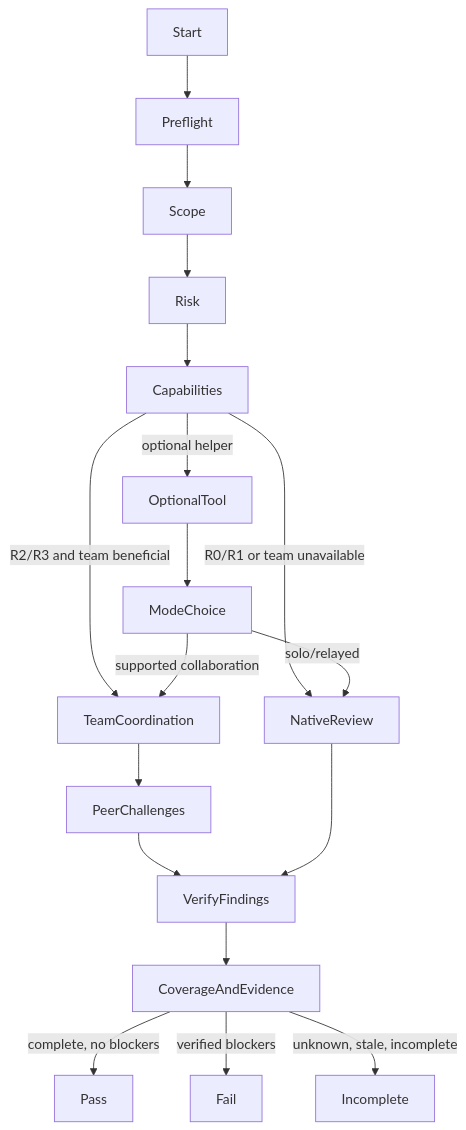
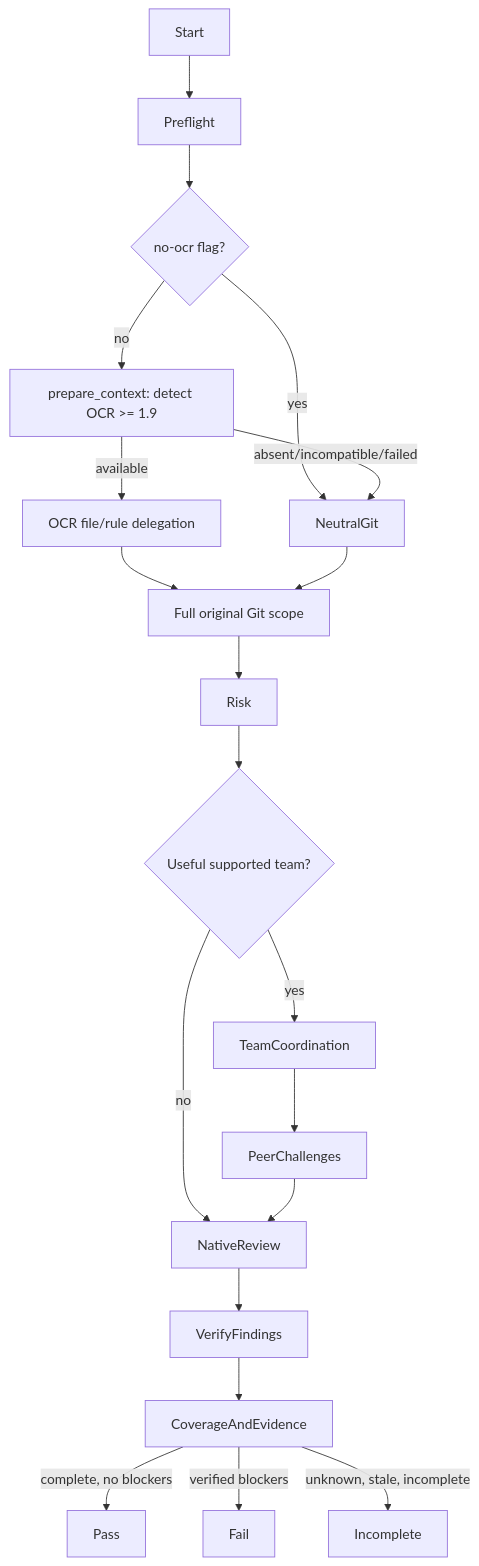
Before and after one commit to JadsonLucena/agent-toolkit: the diagram in contexts/review/skills/review-change/skill.md, drawn with Mermaid. The commit also changed other lines of this file and 13 other files, not shown here.

Commit message:
feat(review): dispatch OCR-first preparation before native code review

````diff
--- a/contexts/review/skills/review-change/skill.md
+++ b/contexts/review/skills/review-change/skill.md
@@ -24,20 +24,22 @@
 ```mermaid
 flowchart TD
     Start --> Preflight
-    Preflight --> Scope
+    Preflight --> SkipOCR{no-ocr flag?}
+    SkipOCR -->|yes| NeutralGit
+    SkipOCR -->|no| OCRFirst[prepare_context: detect OCR >= 1.9]
+    OCRFirst -->|available| OCRRules[OCR file/rule delegation]
+    OCRFirst -->|absent/incompatible/failed| NeutralGit
+    OCRRules --> Scope[Full original Git scope]
+    NeutralGit --> Scope
     Scope --> Risk
-    Risk --> Capabilities
-    Capabilities -->|R0/R1 or team unavailable| NativeReview
-    Capabilities -->|R2/R3 and team beneficial| TeamCoordination
-    Capabilities -->|optional helper| OptionalTool
-    OptionalTool --> ModeChoice
-    ModeChoice -->|solo/relayed| NativeReview
-    ModeChoice -->|supported collaboration| TeamCoordination
+    Risk --> Mode{Useful supported team?}
+    Mode -->|yes| TeamCoordination
+    Mode -->|no| NativeReview
     TeamCoordination --> PeerChallenges
-    PeerChallenges --> VerifyFindings
+    PeerChallenges --> NativeReview
     NativeReview --> VerifyFindings
     VerifyFindings --> CoverageAndEvidence
     CoverageAndEvidence -->|complete, no blockers| Pass
     CoverageAndEvidence -->|verified blockers| Fail
     CoverageAndEvidence -->|unknown, stale, incomplete| Incomplete
 ```
````
